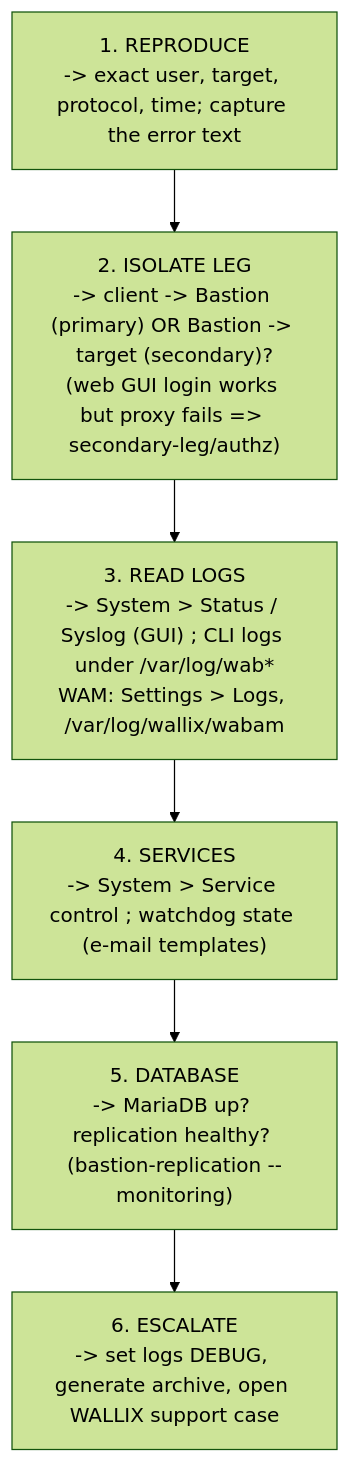
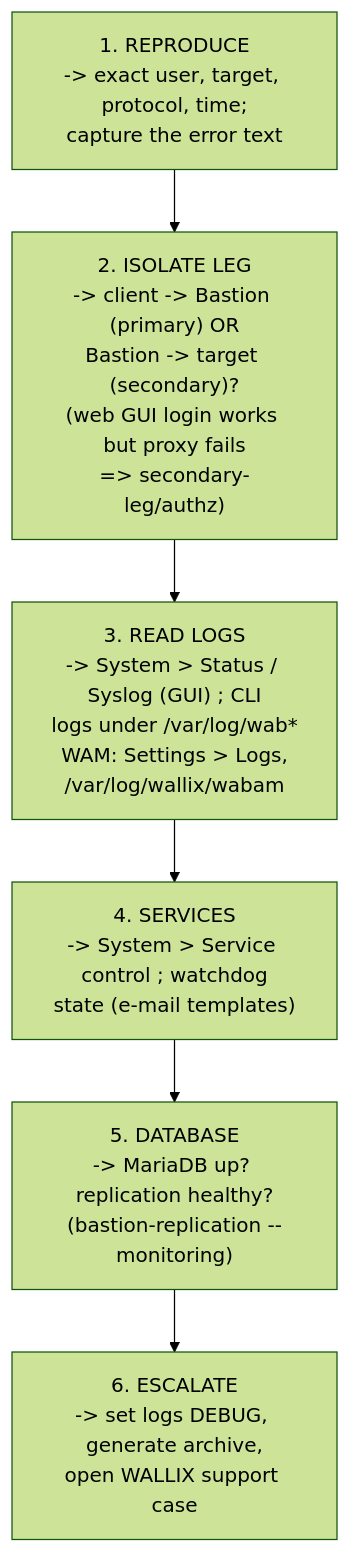
The first of 5 diagrams in deep-dives/troubleshooting-and-logs.md (morandeirachema/WallixCerts), drawn with Mermaid (forest theme) before and after one commit. The commit also changed other lines of this file and 37 other files, not shown here.

First line of the commit message:
Make Mermaid node boxes fit their text (wrap long labels) + enforce it

````diff
--- a/deep-dives/troubleshooting-and-logs.md
+++ b/deep-dives/troubleshooting-and-logs.md
@@ -46,10 +46,10 @@
 ```mermaid
 flowchart TD
-    Reproduce["1. REPRODUCE<br/>-> exact user, target, protocol, time; capture the error text"]
-    Isolate["2. ISOLATE LEG<br/>-> client -> Bastion (primary) OR Bastion -> target (secondary)?<br/>(web GUI login works but proxy fails =&gt; secondary-leg/authz)"]
-    ReadLogs["3. READ LOGS<br/>-> System > Status / Syslog (GUI) ; CLI logs under /var/log/wab*<br/>WAM: Settings > Logs, /var/log/wallix/wabam"]
-    Services["4. SERVICES<br/>-> System > Service control ; watchdog state (e-mail templates)"]
-    Database["5. DATABASE<br/>-> MariaDB up? replication healthy? (bastion-replication --monitoring)"]
-    Escalate["6. ESCALATE<br/>-> set logs DEBUG, generate archive, open WALLIX support case"]
+    Reproduce["1. REPRODUCE<br/>-> exact user, target, protocol, time;<br/>capture the error text"]
+    Isolate["2. ISOLATE LEG<br/>-> client -> Bastion (primary) OR<br/>Bastion -> target (secondary)?<br/>(web GUI login works but proxy fails<br/>=&gt; secondary-leg/authz)"]
+    ReadLogs["3. READ LOGS<br/>-> System > Status / Syslog (GUI) ; CLI<br/>logs under /var/log/wab*<br/>WAM: Settings > Logs,<br/>/var/log/wallix/wabam"]
+    Services["4. SERVICES<br/>-> System > Service control ; watchdog<br/>state (e-mail templates)"]
+    Database["5. DATABASE<br/>-> MariaDB up? replication healthy?<br/>(bastion-replication --monitoring)"]
+    Escalate["6. ESCALATE<br/>-> set logs DEBUG, generate archive,<br/>open WALLIX support case"]
     Reproduce --> Isolate --> ReadLogs --> Services --> Database --> Escalate
 ```
````
